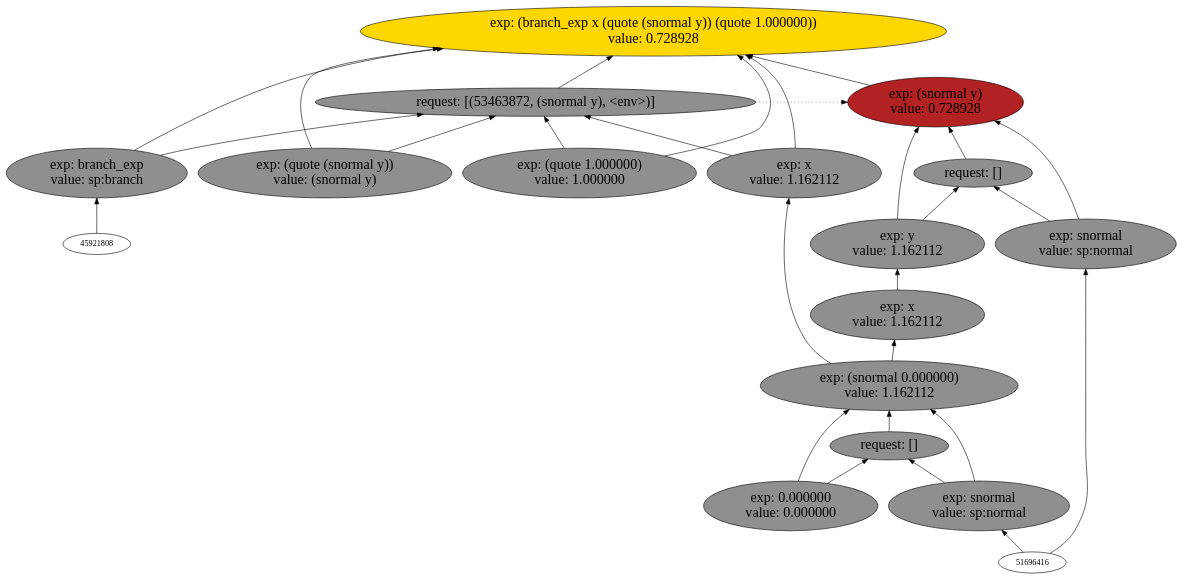
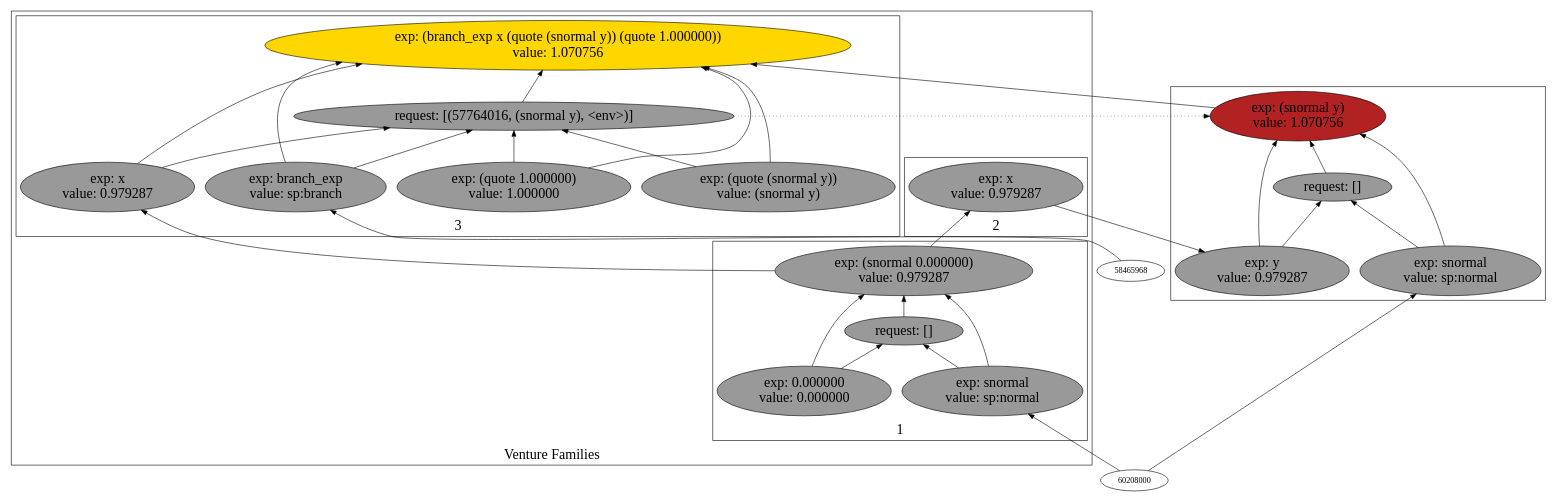
The diagram in backend/cxx/pdf_graphs/regen_to_eval_to_regen/dot9.dot (probcomp/Venturecxx), drawn with Graphviz before and after one commit. The commit also changed 464 other files, not shown here.

Commit message:
Pretty good draft of schematics.

```diff
--- a/backend/cxx/pdf_graphs/regen_to_eval_to_regen/dot9.dot
+++ b/backend/cxx/pdf_graphs/regen_to_eval_to_regen/dot9.dot
@@ -1,67 +1,67 @@
 digraph {
 rankdir=BT
 fontsize=24
-subgraph clster1 {
+subgraph cluster1 {
 label="Venture Families"
-subgraph clster2 {
+subgraph cluster2 {
 label="1"
-"51894320"["fillcolor"="grey56" "fontsize"="24" "label"="exp: (snormal 0.000000)\nvalue: 1.162112" "shape"="ellipse" "style"="filled" ]
-"53886816"["fillcolor"="grey56" "fontsize"="24" "label"="request: []" "shape"="ellipse" "style"="filled" ]
-"52750464"["fillcolor"="grey56" "fontsize"="24" "label"="exp: snormal\nvalue: sp:normal" "shape"="ellipse" "style"="filled" ]
-"52788208"["fillcolor"="grey56" "fontsize"="24" "label"="exp: 0.000000\nvalue: 0.000000" "shape"="ellipse" "style"="filled" ]
+"60085760"["fillcolor"="grey60" "fontsize"="24" "label"="exp: (snormal 0.000000)\nvalue: 0.979287" "shape"="ellipse" "style"="filled" ]
+"60248128"["fillcolor"="grey60" "fontsize"="24" "label"="request: []" "shape"="ellipse" "style"="filled" ]
+"60205760"["fillcolor"="grey60" "fontsize"="24" "label"="exp: snormal\nvalue: sp:normal" "shape"="ellipse" "style"="filled" ]
+"57853120"["fillcolor"="grey60" "fontsize"="24" "label"="exp: 0.000000\nvalue: 0.000000" "shape"="ellipse" "style"="filled" ]
 }
 
-subgraph clster3 {
+subgraph cluster3 {
 label="2"
-"53204112"["fillcolor"="grey56" "fontsize"="24" "label"="exp: x\nvalue: 1.162112" "shape"="ellipse" "style"="filled" ]
+"57964800"["fillcolor"="grey60" "fontsize"="24" "label"="exp: x\nvalue: 0.979287" "shape"="ellipse" "style"="filled" ]
 }
 
-subgraph clster4 {
+subgraph cluster4 {
 label="3"
-"53525392"["fillcolor"="gold" "fontsize"="24" "label"="exp: (branch_exp x (quote (snormal y)) (quote 1.000000))\nvalue: 0.728928" "shape"="ellipse" "style"="filled" ]
-"53463872"["fillcolor"="grey56" "fontsize"="24" "label"="request: [(53463872, (snormal y), <env>)]" "shape"="ellipse" "style"="filled" ]
-"52077520"["fillcolor"="grey56" "fontsize"="24" "label"="exp: branch_exp\nvalue: sp:branch" "shape"="ellipse" "style"="filled" ]
-"53239056"["fillcolor"="grey56" "fontsize"="24" "label"="exp: x\nvalue: 1.162112" "shape"="ellipse" "style"="filled" ]
-"51776016"["fillcolor"="grey56" "fontsize"="24" "label"="exp: (quote (snormal y))\nvalue: (snormal y)" "shape"="ellipse" "style"="filled" ]
-"52070304"["fillcolor"="grey56" "fontsize"="24" "label"="exp: (quote 1.000000)\nvalue: 1.000000" "shape"="ellipse" "style"="filled" ]
+"53085776"["fillcolor"="gold" "fontsize"="24" "label"="exp: (branch_exp x (quote (snormal y)) (quote 1.000000))\nvalue: 1.070756" "shape"="ellipse" "style"="filled" ]
+"57764016"["fillcolor"="grey60" "fontsize"="24" "label"="request: [(57764016, (snormal y), <env>)]" "shape"="ellipse" "style"="filled" ]
+"48783584"["fillcolor"="grey60" "fontsize"="24" "label"="exp: branch_exp\nvalue: sp:branch" "shape"="ellipse" "style"="filled" ]
+"53080768"["fillcolor"="grey60" "fontsize"="24" "label"="exp: x\nvalue: 0.979287" "shape"="ellipse" "style"="filled" ]
+"54608032"["fillcolor"="grey60" "fontsize"="24" "label"="exp: (quote (snormal y))\nvalue: (snormal y)" "shape"="ellipse" "style"="filled" ]
+"55036928"["fillcolor"="grey60" "fontsize"="24" "label"="exp: (quote 1.000000)\nvalue: 1.000000" "shape"="ellipse" "style"="filled" ]
 }
 
 }
 
-subgraph clster5 {
+subgraph cluster5 {
 label=""
-"52202480"["fillcolor"="firebrick" "fontsize"="24" "label"="exp: (snormal y)\nvalue: 0.728928" "shape"="ellipse" "style"="filled" ]
-"52238304"["fillcolor"="grey56" "fontsize"="24" "label"="request: []" "shape"="ellipse" "style"="filled" ]
-"51971520"["fillcolor"="grey56" "fontsize"="24" "label"="exp: snormal\nvalue: sp:normal" "shape"="ellipse" "style"="filled" ]
-"52240192"["fillcolor"="grey56" "fontsize"="24" "label"="exp: y\nvalue: 1.162112" "shape"="ellipse" "style"="filled" ]
+"55978896"["fillcolor"="firebrick" "fontsize"="24" "label"="exp: (snormal y)\nvalue: 1.070756" "shape"="ellipse" "style"="filled" ]
+"55107072"["fillcolor"="grey60" "fontsize"="24" "label"="request: []" "shape"="ellipse" "style"="filled" ]
+"53296304"["fillcolor"="grey60" "fontsize"="24" "label"="exp: snormal\nvalue: sp:normal" "shape"="ellipse" "style"="filled" ]
+"52404240"["fillcolor"="grey60" "fontsize"="24" "label"="exp: y\nvalue: 0.979287" "shape"="ellipse" "style"="filled" ]
 }
 
-"52750464" -> "51894320"["arrowhead"="normal" "color"="black" "constraint"="true" "style"="solid" ]
-"52750464" -> "53886816"["arrowhead"="normal" "color"="black" "constraint"="true" "style"="solid" ]
-"51696416" -> "52750464"["arrowhead"="normal" "color"="black" "constraint"="true" "style"="solid" ]
-"52788208" -> "51894320"["arrowhead"="normal" "color"="black" "constraint"="true" "style"="solid" ]
-"52788208" -> "53886816"["arrowhead"="normal" "color"="black" "constraint"="true" "style"="solid" ]
-"53886816" -> "51894320"["arrowhead"="normal" "color"="black" "constraint"="true" "style"="solid" ]
-"51971520" -> "52202480"["arrowhead"="normal" "color"="black" "constraint"="true" "style"="solid" ]
-"51971520" -> "52238304"["arrowhead"="normal" "color"="black" "constraint"="true" "style"="solid" ]
-"51696416" -> "51971520"["arrowhead"="normal" "color"="black" "constraint"="true" "style"="solid" ]
-"52240192" -> "52202480"["arrowhead"="normal" "color"="black" "constraint"="true" "style"="solid" ]
-"52240192" -> "52238304"["arrowhead"="normal" "color"="black" "constraint"="true" "style"="solid" ]
-"53204112" -> "52240192"["arrowhead"="normal" "color"="black" "constraint"="true" "style"="solid" ]
-"52238304" -> "52202480"["arrowhead"="normal" "color"="black" "constraint"="true" "style"="solid" ]
-"51894320" -> "53204112"["arrowhead"="normal" "color"="black" "constraint"="true" "style"="solid" ]
-"52077520" -> "53525392"["arrowhead"="normal" "color"="black" "constraint"="true" "style"="solid" ]
-"52077520" -> "53463872"["arrowhead"="normal" "color"="black" "constraint"="true" "style"="solid" ]
-"45921808" -> "52077520"["arrowhead"="normal" "color"="black" "constraint"="true" "style"="solid" ]
-"53239056" -> "53525392"["arrowhead"="normal" "color"="black" "constraint"="true" "style"="solid" ]
-"53239056" -> "53463872"["arrowhead"="normal" "color"="black" "constraint"="true" "style"="solid" ]
-"51894320" -> "53239056"["arrowhead"="normal" "color"="black" "constraint"="true" "style"="solid" ]
-"51776016" -> "53525392"["arrowhead"="normal" "color"="black" "constraint"="true" "style"="solid" ]
-"51776016" -> "53463872"["arrowhead"="normal" "color"="black" "constraint"="true" "style"="solid" ]
-"52070304" -> "53525392"["arrowhead"="normal" "color"="black" "constraint"="true" "style"="solid" ]
-"52070304" -> "53463872"["arrowhead"="normal" "color"="black" "constraint"="true" "style"="solid" ]
-"53463872" -> "53525392"["arrowhead"="normal" "color"="black" "constraint"="true" "style"="solid" ]
-"52202480" -> "53525392"["arrowhead"="normal" "color"="black" "constraint"="true" "style"="solid" ]
-"53463872" -> "52202480"["arrowhead"="normal" "color"="black" "constraint"="false" "style"="dotted" ]
+"48783584" -> "53085776"["arrowhead"="normal" "color"="black" "constraint"="true" "style"="solid" ]
+"48783584" -> "57764016"["arrowhead"="normal" "color"="black" "constraint"="true" "style"="solid" ]
+"58465968" -> "48783584"["arrowhead"="normal" "color"="black" "constraint"="true" "style"="solid" ]
+"53080768" -> "53085776"["arrowhead"="normal" "color"="black" "constraint"="true" "style"="solid" ]
+"53080768" -> "57764016"["arrowhead"="normal" "color"="black" "constraint"="true" "style"="solid" ]
+"60085760" -> "53080768"["arrowhead"="normal" "color"="black" "constraint"="true" "style"="solid" ]
+"54608032" -> "53085776"["arrowhead"="normal" "color"="black" "constraint"="true" "style"="solid" ]
+"54608032" -> "57764016"["arrowhead"="normal" "color"="black" "constraint"="true" "style"="solid" ]
+"55036928" -> "53085776"["arrowhead"="normal" "color"="black" "constraint"="true" "style"="solid" ]
+"55036928" -> "57764016"["arrowhead"="normal" "color"="black" "constraint"="true" "style"="solid" ]
+"57764016" -> "53085776"["arrowhead"="normal" "color"="black" "constraint"="true" "style"="solid" ]
+"55978896" -> "53085776"["arrowhead"="normal" "color"="black" "constraint"="true" "style"="solid" ]
+"57764016" -> "55978896"["arrowhead"="normal" "color"="black" "constraint"="false" "style"="dotted" ]
+"53296304" -> "55978896"["arrowhead"="normal" "color"="black" "constraint"="true" "style"="solid" ]
+"53296304" -> "55107072"["arrowhead"="normal" "color"="black" "constraint"="true" "style"="solid" ]
+"60208000" -> "53296304"["arrowhead"="normal" "color"="black" "constraint"="true" "style"="solid" ]
+"52404240" -> "55978896"["arrowhead"="normal" "color"="black" "constraint"="true" "style"="solid" ]
+"52404240" -> "55107072"["arrowhead"="normal" "color"="black" "constraint"="true" "style"="solid" ]
+"57964800" -> "52404240"["arrowhead"="normal" "color"="black" "constraint"="true" "style"="solid" ]
+"55107072" -> "55978896"["arrowhead"="normal" "color"="black" "constraint"="true" "style"="solid" ]
+"60085760" -> "57964800"["arrowhead"="normal" "color"="black" "constraint"="true" "style"="solid" ]
+"60205760" -> "60085760"["arrowhead"="normal" "color"="black" "constraint"="true" "style"="solid" ]
+"60205760" -> "60248128"["arrowhead"="normal" "color"="black" "constraint"="true" "style"="solid" ]
+"60208000" -> "60205760"["arrowhead"="normal" "color"="black" "constraint"="true" "style"="solid" ]
+"57853120" -> "60085760"["arrowhead"="normal" "color"="black" "constraint"="true" "style"="solid" ]
+"57853120" -> "60248128"["arrowhead"="normal" "color"="black" "constraint"="true" "style"="solid" ]
+"60248128" -> "60085760"["arrowhead"="normal" "color"="black" "constraint"="true" "style"="solid" ]
 
 }
```
